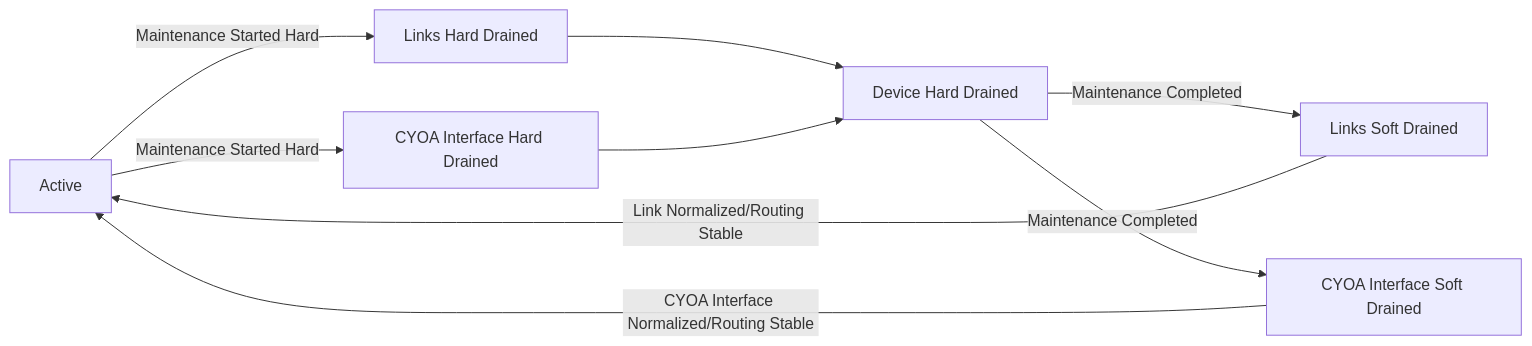
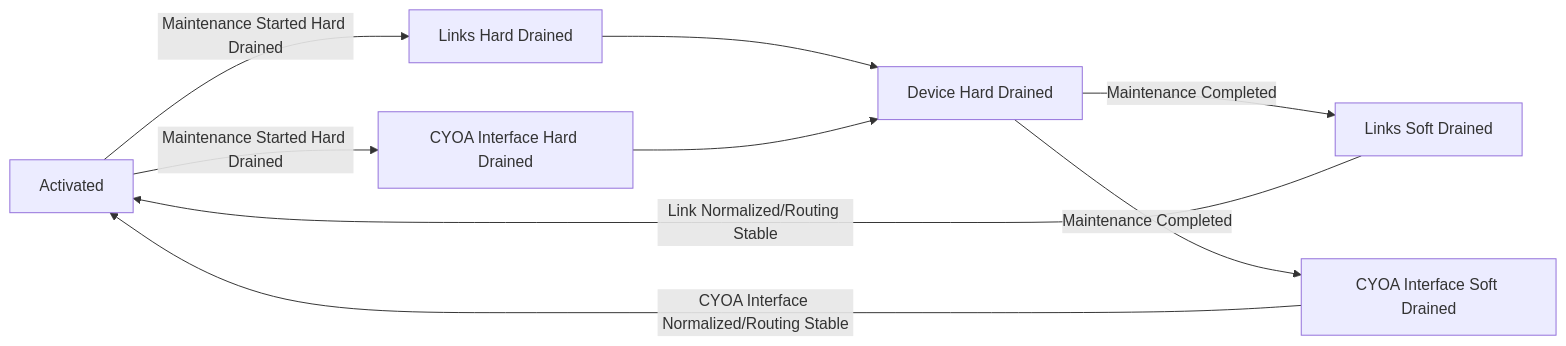
The third of 4 diagrams in rfcs/rfc7-draining-device-link.md (malbeclabs/doublezero), drawn with Mermaid before and after one commit. The commit also changed other lines of this file, not shown here.

Commit message:
Rework traffic_status and edge_status to use link.status and edge.status.  Also replace active with activated state.

````diff
--- a/rfcs/rfc7-draining-device-link.md
+++ b/rfcs/rfc7-draining-device-link.md
@@ -132,11 +127,11 @@
 ```mermaid
 graph LR
-    ACTIVE[Active] -->|Maintenance Started Hard| LINKS_HARD_DRAINED[Links Hard Drained]
-    ACTIVE[Active] -->|Maintenance Started Hard| CYOA_HARD_DRAINED[CYOA Interface Hard Drained]
+    ACTIVATED[Activated] -->|Maintenance Started Hard Drained| LINKS_HARD_DRAINED[Links Hard Drained]
+    ACTIVATED -->|Maintenance Started Hard Drained| CYOA_HARD_DRAINED[CYOA Interface Hard Drained]
     LINKS_HARD_DRAINED --> DEVICE_DRAINED[Device Hard Drained]
     CYOA_HARD_DRAINED --> DEVICE_DRAINED[Device Hard Drained]
     DEVICE_DRAINED --> |Maintenance Completed| LINKS_SOFT_DRAINED[Links Soft Drained]
     DEVICE_DRAINED --> |Maintenance Completed| CYOA_SOFT_DRAINED[CYOA Interface Soft Drained]
-    LINKS_SOFT_DRAINED --> |Link Normalized/Routing Stable| ACTIVE
-    CYOA_SOFT_DRAINED --> |CYOA Interface Normalized/Routing Stable| ACTIVE                  
+    LINKS_SOFT_DRAINED --> |Link Normalized/Routing Stable| ACTIVATED
+    CYOA_SOFT_DRAINED --> |CYOA Interface Normalized/Routing Stable| ACTIVATED                  
 ```
````
